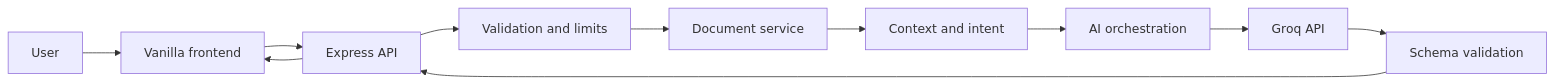
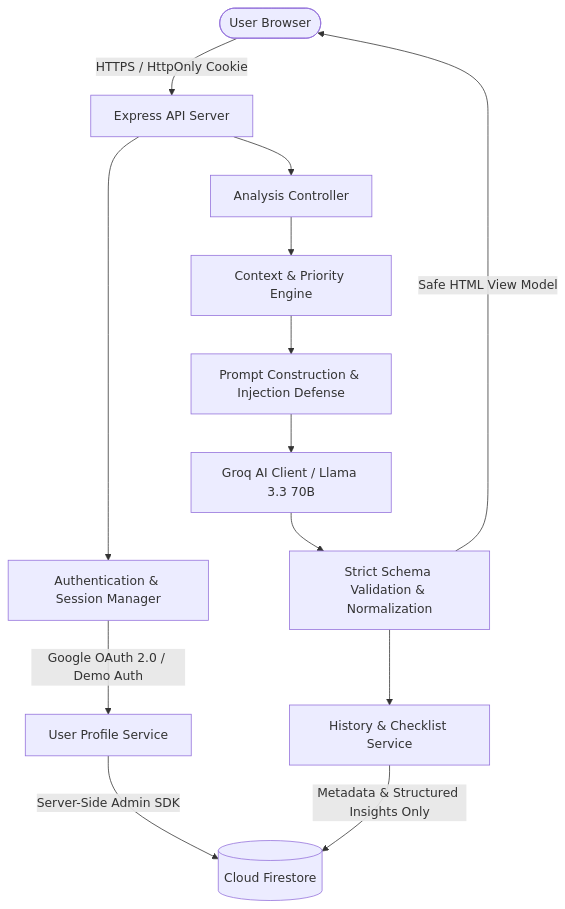
One commit to somansinghal/legalLensAI changed the diagram in README.md. Above: the diagram before and after it, drawn with Mermaid. The commit also changed other lines of this file and 72 other files, not shown here.

Commit message:
feat(prod): deploy LegalLens AI to Vercel with serverless API and Firestore persistence

````diff
--- a/README.md
+++ b/README.md
@@ -85,13 +77,17 @@
 ```mermaid
-flowchart LR
- U[User] --> P[Vanilla frontend]
- P --> API[Express API]
- API --> V[Validation and limits]
- V --> D[Document service]
- D --> C[Context and intent]
- C --> O[AI orchestration]
- O --> G[Groq API]
- G --> R[Schema validation]
- R --> API
- API --> P
+flowchart TD
+    User([User Browser]) -->|HTTPS / HttpOnly Cookie| Express[Express API Server]
+    Express --> Auth[Authentication & Session Manager]
+    Auth -->|Google OAuth 2.0 / Demo Auth| UserProfile[User Profile Service]
+    UserProfile -->|Server-Side Admin SDK| Firestore[(Cloud Firestore)]
+
+    Express --> Analysis[Analysis Controller]
+    Analysis --> Context[Context & Priority Engine]
+    Context --> PromptDefense[Prompt Construction & Injection Defense]
+    PromptDefense --> Groq[Groq AI Client / Llama 3.3 70B]
+    Groq --> Validation[Strict Schema Validation & Normalization]
+
+    Validation --> Persistence[History & Checklist Service]
+    Persistence -->|Metadata & Structured Insights Only| Firestore
+    Validation -->|Safe HTML View Model| User
 ```
````
